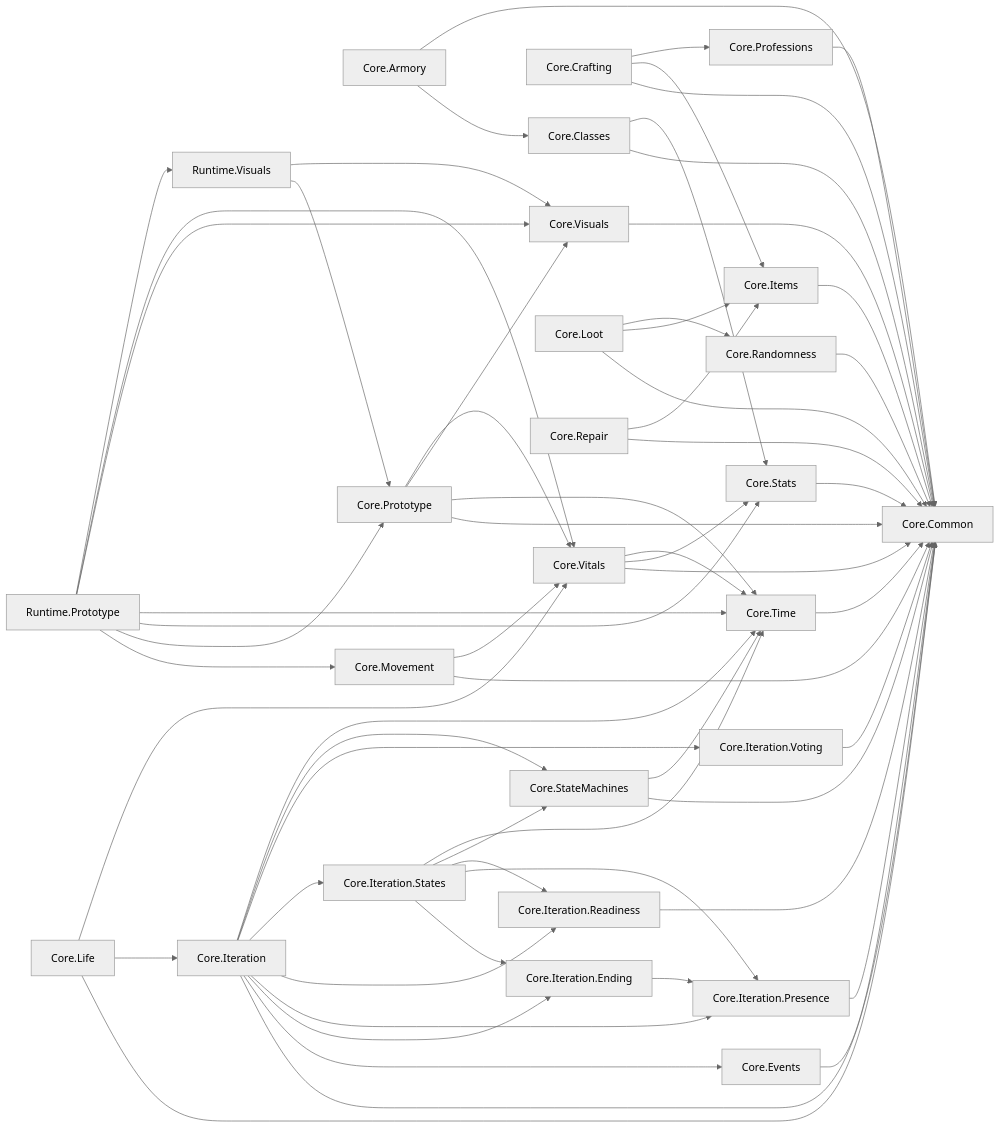
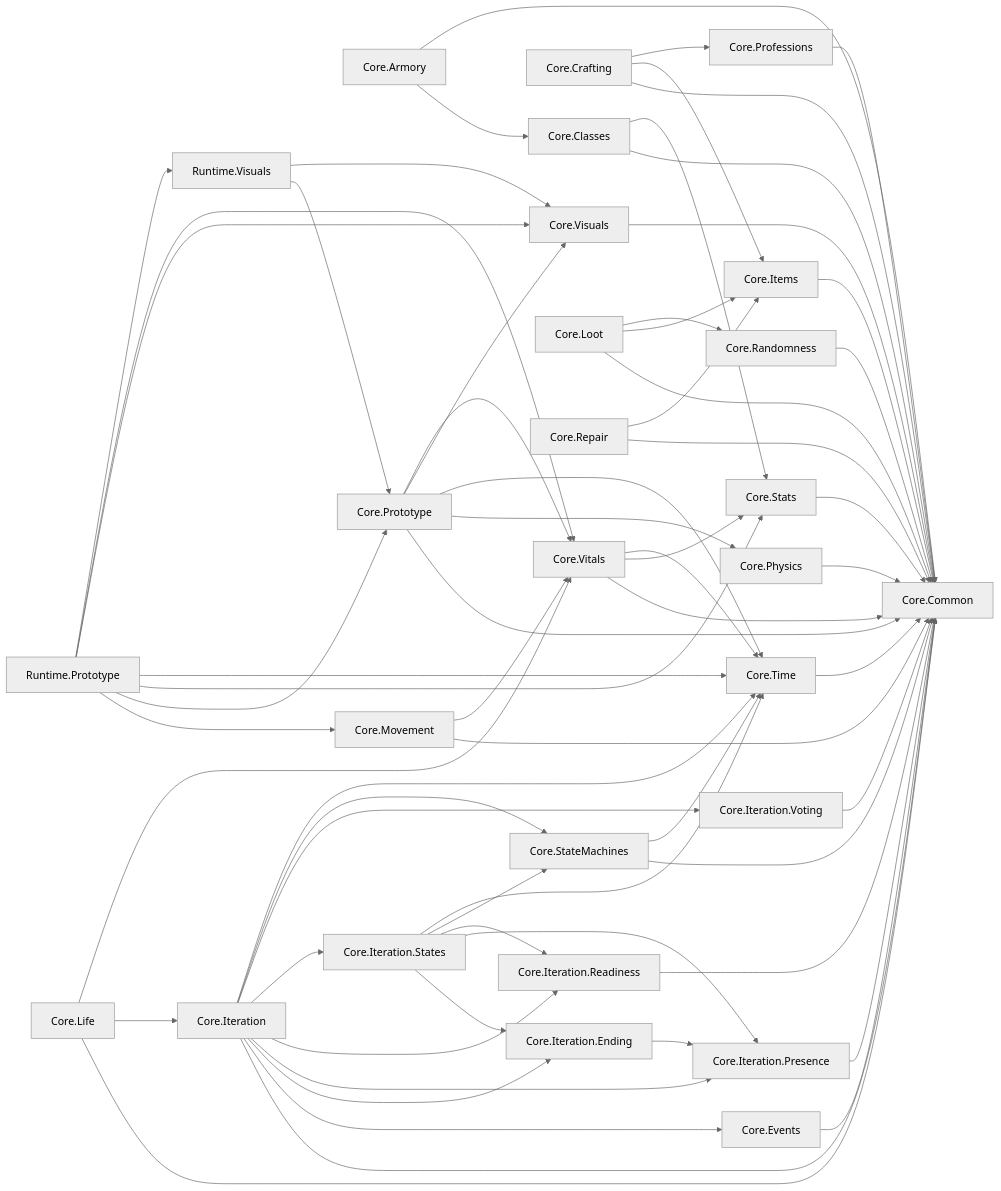
The diagram in docs/arquitectura/MODULOS.md (LazaroPol/Acensor), drawn with Mermaid (neutral theme) before and after one commit. The commit also changed other lines of this file and 14 other files, not shown here.

````diff
--- a/docs/arquitectura/MODULOS.md
+++ b/docs/arquitectura/MODULOS.md
@@ -38,54 +39,56 @@
 ```mermaid
 flowchart LR
   n0["Core.Armory"]
   n1["Core.Classes"]
   n2["Core.Common"]
   n3["Core.Crafting"]
   n4["Core.Events"]
   n5["Core.Items"]
   n6["Core.Iteration"]
   n7["Core.Iteration.Ending"]
   n8["Core.Iteration.Presence"]
   n9["Core.Iteration.Readiness"]
   n10["Core.Iteration.States"]
   n11["Core.Iteration.Voting"]
   n12["Core.Life"]
   n13["Core.Loot"]
   n14["Core.Movement"]
-  n15["Core.Professions"]
-  n16["Core.Prototype"]
-  n17["Core.Randomness"]
-  n18["Core.Repair"]
-  n19["Core.StateMachines"]
-  n20["Core.Stats"]
-  n21["Core.Time"]
-  n22["Core.Visuals"]
-  n23["Core.Vitals"]
-  n24["Runtime.Prototype"]
-  n25["Runtime.Visuals"]
+  n15["Core.Physics"]
+  n16["Core.Professions"]
+  n17["Core.Prototype"]
+  n18["Core.Randomness"]
+  n19["Core.Repair"]
+  n20["Core.StateMachines"]
+  n21["Core.Stats"]
+  n22["Core.Time"]
+  n23["Core.Visuals"]
+  n24["Core.Vitals"]
+  n25["Runtime.Prototype"]
+  n26["Runtime.Visuals"]
   n0 --> n1 & n2
-  n1 --> n2 & n20
-  n3 --> n2 & n5 & n15
+  n1 --> n2 & n21
+  n3 --> n2 & n5 & n16
   n4 --> n2
   n5 --> n2
-  n6 --> n2 & n4 & n7 & n8 & n9 & n10 & n11 & n19 & n21
+  n6 --> n2 & n4 & n7 & n8 & n9 & n10 & n11 & n20 & n22
   n7 --> n8
   n8 --> n2
   n9 --> n2
-  n10 --> n7 & n8 & n9 & n19 & n21
+  n10 --> n7 & n8 & n9 & n20 & n22
   n11 --> n2
-  n12 --> n2 & n6 & n23
-  n13 --> n2 & n5 & n17
-  n14 --> n2 & n23
+  n12 --> n2 & n6 & n24
+  n13 --> n2 & n5 & n18
+  n14 --> n2 & n24
   n15 --> n2
-  n16 --> n2 & n21 & n22 & n23
-  n17 --> n2
-  n18 --> n2 & n5
-  n19 --> n2 & n21
-  n20 --> n2
+  n16 --> n2
+  n17 --> n2 & n15 & n22 & n23 & n24
+  n18 --> n2
+  n19 --> n2 & n5
+  n20 --> n2 & n22
   n21 --> n2
   n22 --> n2
-  n23 --> n2 & n20 & n21
-  n24 --> n14 & n16 & n20 & n21 & n22 & n23 & n25
-  n25 --> n16 & n22
+  n23 --> n2
+  n24 --> n2 & n21 & n22
+  n25 --> n14 & n17 & n21 & n22 & n23 & n24 & n26
+  n26 --> n17 & n23
 ```
````
